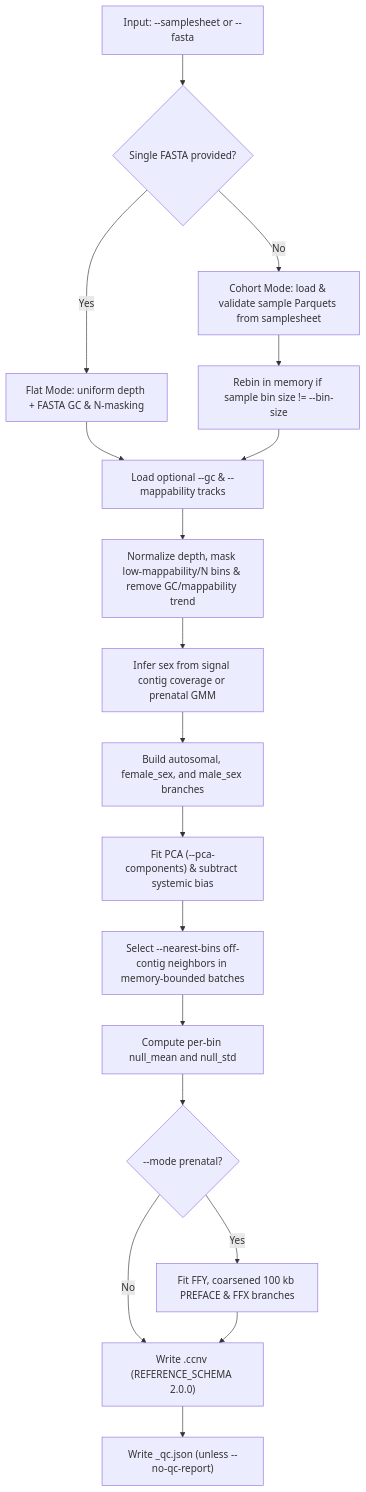
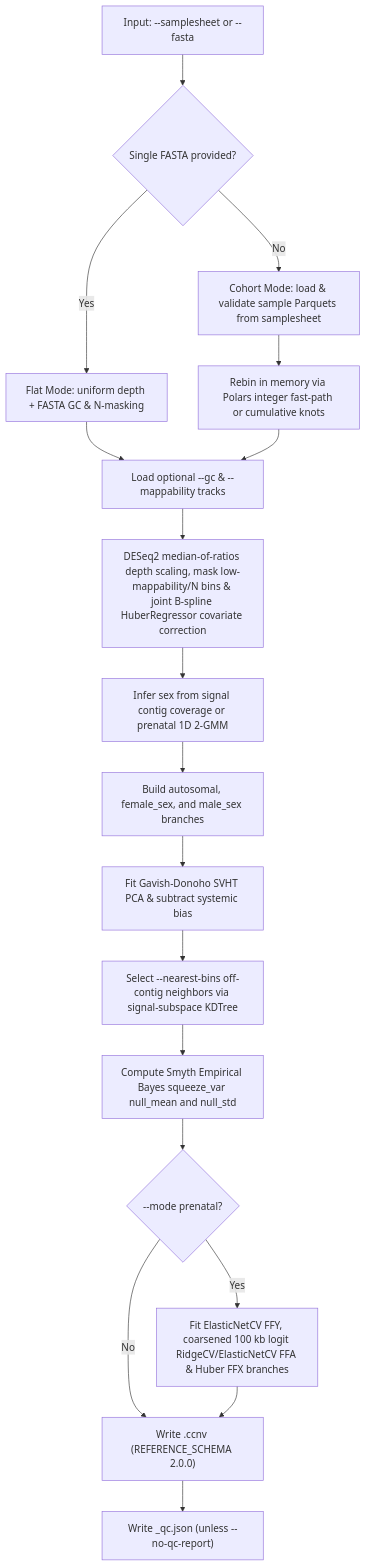
One commit to matthdsm/ccnv changed the third of 4 diagrams in docs/pipeline.md. Above: the diagram before and after it, drawn with Mermaid. The commit also changed other lines of this file and 47 other files, not shown here.

````diff
--- a/docs/pipeline.md
+++ b/docs/pipeline.md
@@ -55,20 +55,20 @@
 ```mermaid
 flowchart TD
     InputArg["Input: --samplesheet or --fasta"] --> ModeDecision{"Single FASTA provided?"}
     ModeDecision -- Yes --> FlatMode["Flat Mode: uniform depth + FASTA GC & N-masking"]
     ModeDecision -- No --> CohortMode["Cohort Mode: load & validate sample Parquets from samplesheet"]
-    CohortMode --> RebinCheck["Rebin in memory if sample bin size != --bin-size"]
+    CohortMode --> RebinCheck["Rebin in memory via Polars integer fast-path or cumulative knots"]
     FlatMode --> CovTrack["Load optional --gc & --mappability tracks"]
     RebinCheck --> CovTrack
-    CovTrack --> DepthNorm["Normalize depth, mask low-mappability/N bins & remove GC/mappability trend"]
-    DepthNorm --> SexInference["Infer sex from signal contig coverage or prenatal GMM"]
+    CovTrack --> DepthNorm["DESeq2 median-of-ratios depth scaling, mask low-mappability/N bins & joint B-spline HuberRegressor covariate correction"]
+    DepthNorm --> SexInference["Infer sex from signal contig coverage or prenatal 1D 2-GMM"]
     SexInference --> BranchPartition["Build autosomal, female_sex, and male_sex branches"]
-    BranchPartition --> FitPCA["Fit PCA (--pca-components) & subtract systemic bias"]
-    FitPCA --> FitNearest["Select --nearest-bins off-contig neighbors in memory-bounded batches"]
-    FitNearest --> FitNull["Compute per-bin null_mean and null_std"]
+    BranchPartition --> FitPCA["Fit Gavish-Donoho SVHT PCA & subtract systemic bias"]
+    FitPCA --> FitNearest["Select --nearest-bins off-contig neighbors via signal-subspace KDTree"]
+    FitNearest --> FitNull["Compute Smyth Empirical Bayes squeeze_var null_mean and null_std"]
     FitNull --> PrenatalCheck{"--mode prenatal?"}
-    PrenatalCheck -- Yes --> FitPrenatal["Fit FFY, coarsened 100 kb PREFACE & FFX branches"]
+    PrenatalCheck -- Yes --> FitPrenatal["Fit ElasticNetCV FFY, coarsened 100 kb logit RidgeCV/ElasticNetCV FFA & Huber FFX branches"]
     PrenatalCheck -- No --> WriteRef["Write <prefix>.ccnv (REFERENCE_SCHEMA 2.0.0)"]
     FitPrenatal --> WriteRef
     WriteRef --> WriteQC["Write <prefix>_qc.json (unless --no-qc-report)"]
 ```
````
